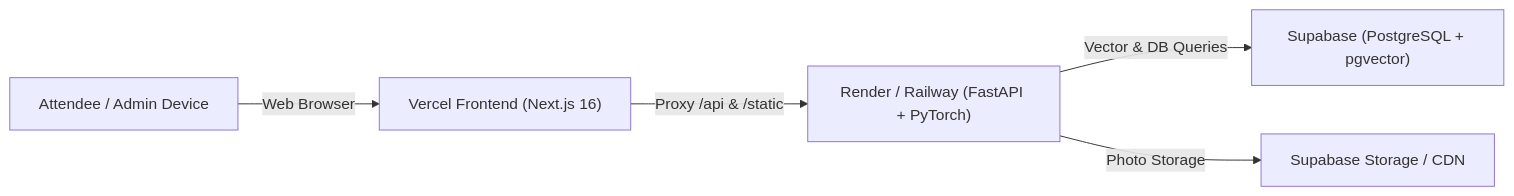
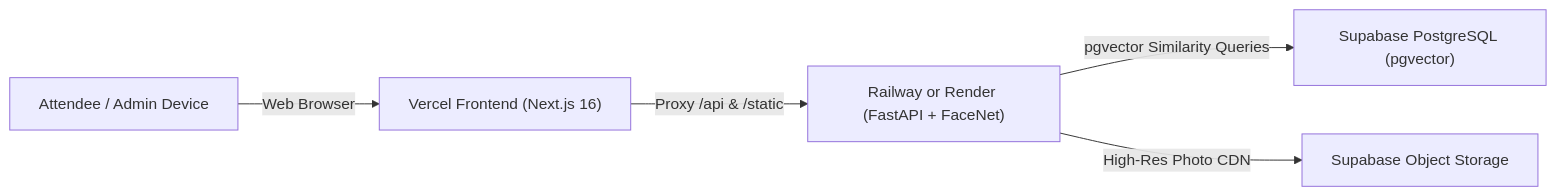
Before and after one commit to Santhosh-555-i/final: the diagram in DEPLOYMENT_GUIDE.md, drawn with Mermaid. The commit also changed other lines of this file and 11 other files, not shown here.

````diff
--- a/DEPLOYMENT_GUIDE.md
+++ b/DEPLOYMENT_GUIDE.md
@@ -9,7 +9,7 @@
 ```mermaid
 graph LR
     User["Attendee / Admin Device"] -->|Web Browser| Vercel["Vercel Frontend (Next.js 16)"]
-    Vercel -->|Proxy /api & /static| Backend["Render / Railway (FastAPI + PyTorch)"]
-    Backend -->|Vector & DB Queries| Supabase["Supabase (PostgreSQL + pgvector)"]
-    Backend -->|Photo Storage| Storage["Supabase Storage / CDN"]
+    Vercel -->|Proxy /api & /static| Backend["Railway or Render (FastAPI + FaceNet)"]
+    Backend -->|pgvector Similarity Queries| SupabaseDB["Supabase PostgreSQL (pgvector)"]
+    Backend -->|High-Res Photo CDN| SupabaseStorage["Supabase Object Storage"]
 ```
````
